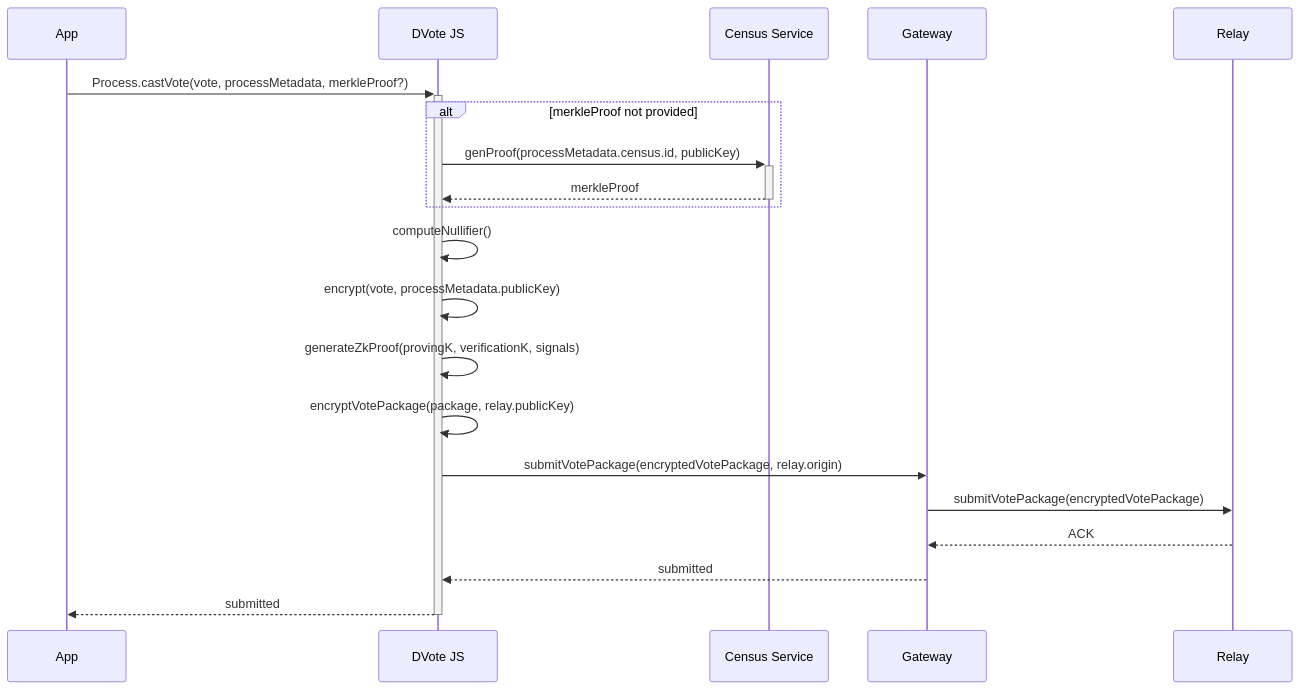
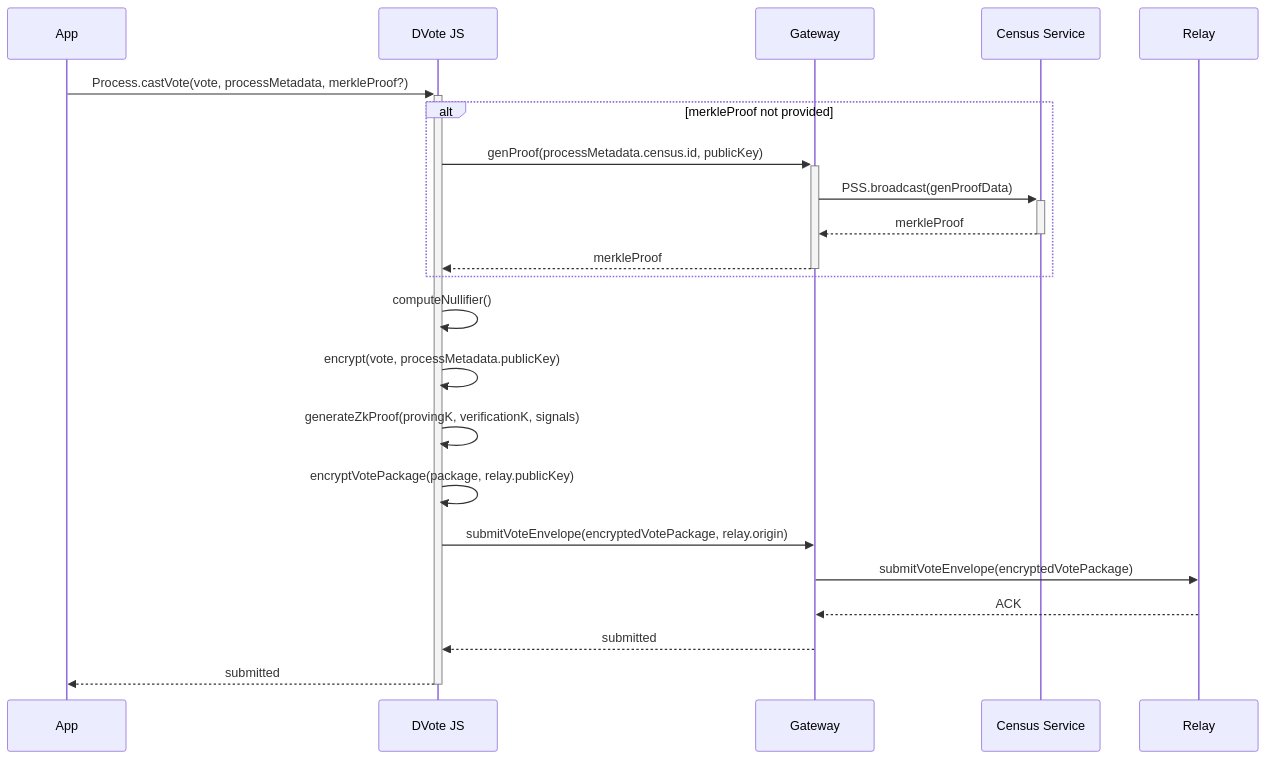
One commit to vocdoni/docs changed the tenth of 15 diagrams in docs/protocol/sequence-diagrams.md. Above: the diagram before and after it, drawn with Mermaid. The commit also changed other lines of this file and 1 other file, not shown here.

Commit message:
Splitting vote package into vote package and vote envelope

````diff
--- a/docs/protocol/sequence-diagrams.md
+++ b/docs/protocol/sequence-diagrams.md
@@ -275,36 +275,40 @@
 ```mermaid
 sequenceDiagram
 
     participant App
     participant DV as DVote JS
+    participant GW as Gateway
     participant CS as Census Service
-    participant GW as Gateway
     participant RL as Relay
 
     App->>+DV: Process.castVote(vote, processMetadata, merkleProof?)
 
         alt merkleProof not provided
 
-            DV->>+CS: genProof(processMetadata.census.id, publicKey)
-            CS-->>-DV: merkleProof
+            DV->>+GW: genProof(processMetadata.census.id, publicKey)
+
+            GW->>+CS: PSS.broadcast(genProofData)
+            CS-->>-GW: merkleProof
+
+            GW-->>-DV: merkleProof
 
         end
 
         DV->>DV: computeNullifier()
 
         DV->>DV: encrypt(vote, processMetadata.publicKey)
 
         DV->>DV: generateZkProof(provingK, verificationK, signals)
 
         DV->>DV: encryptVotePackage(package, relay.publicKey)
 
-        DV->>GW: submitVotePackage(encryptedVotePackage, relay.origin)
+        DV->>GW: submitVoteEnvelope(encryptedVotePackage, relay.origin)
             
-            GW->>RL: submitVotePackage(encryptedVotePackage)
+            GW->>RL: submitVoteEnvelope(encryptedVotePackage)
             RL-->>GW: ACK
         
         GW-->>DV: submitted
 
     DV-->>-App: submitted
 
 ```
````
